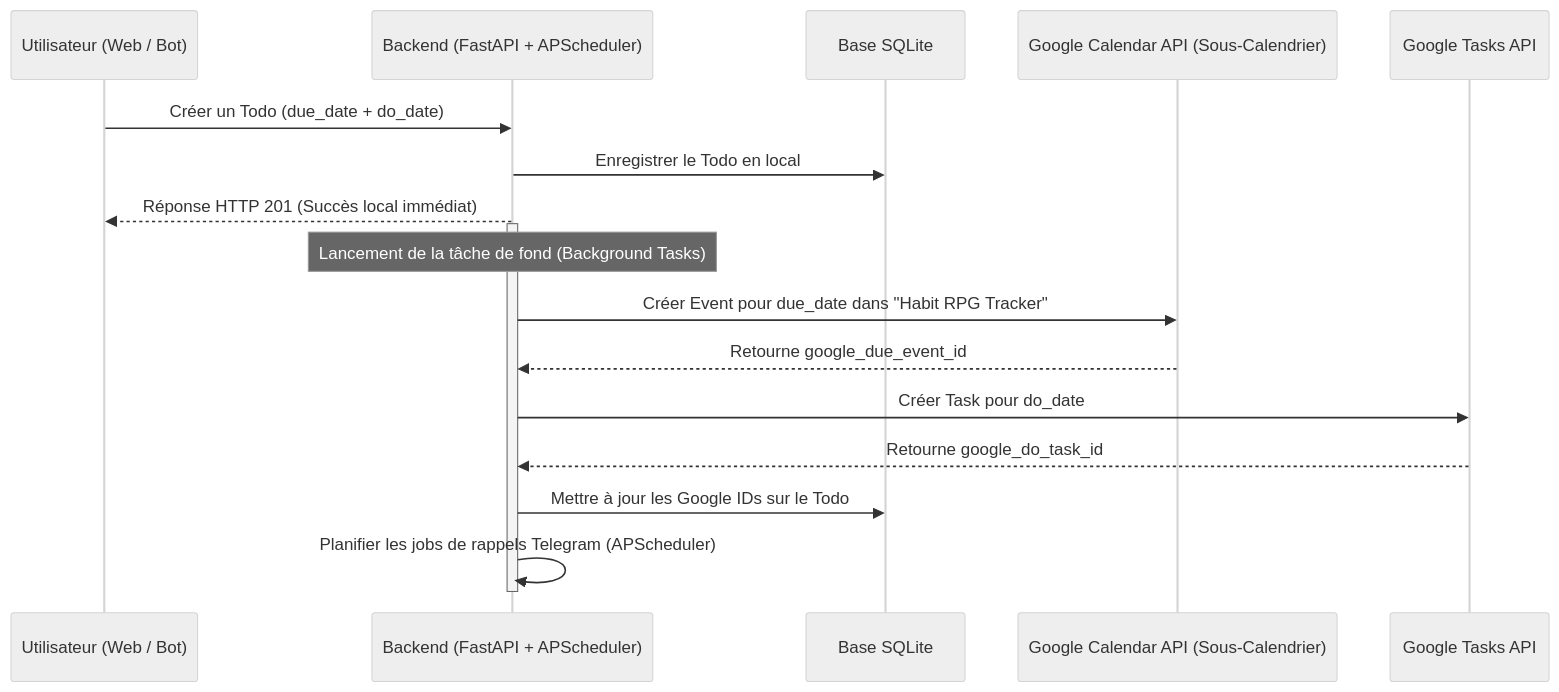
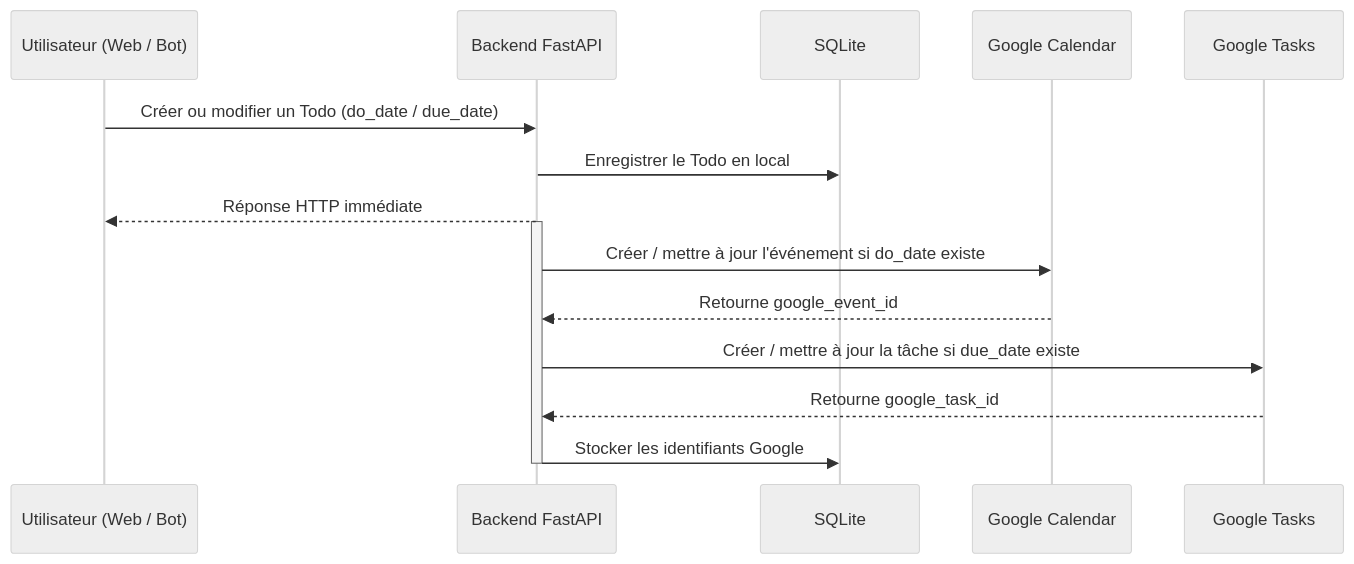
The diagram in google-calendar-integration-brainstorm.md (Poisson-seawater/habit-tracker), drawn with Mermaid (neutral theme) before and after one commit. The commit also changed other lines of this file and 19 other files, not shown here.

````diff
--- a/google-calendar-integration-brainstorm.md
+++ b/google-calendar-integration-brainstorm.md
@@ -53,22 +54,20 @@
 ```mermaid
 sequenceDiagram
     participant U as Utilisateur (Web / Bot)
-    participant B as Backend (FastAPI + APScheduler)
-    participant DB as Base SQLite
-    participant GC as Google Calendar API (Sous-Calendrier)
-    participant GT as Google Tasks API
+    participant B as Backend FastAPI
+    participant DB as SQLite
+    participant GC as Google Calendar
+    participant GT as Google Tasks
 
-    U->>B: Créer un Todo (due_date + do_date)
+    U->>B: Créer ou modifier un Todo (do_date / due_date)
     B->>DB: Enregistrer le Todo en local
-    B-->>U: Réponse HTTP 201 (Succès local immédiat)
-    
+    B-->>U: Réponse HTTP immédiate
+
     activate B
-    Note over B: Lancement de la tâche de fond (Background Tasks)
-    B->>GC: Créer Event pour due_date dans "Habit RPG Tracker"
-    GC-->>B: Retourne google_due_event_id
-    B->>GT: Créer Task pour do_date
-    GT-->>B: Retourne google_do_task_id
-    B->>DB: Mettre à jour les Google IDs sur le Todo
-    B->>B: Planifier les jobs de rappels Telegram (APScheduler)
+    B->>GC: Créer / mettre à jour l'événement si do_date existe
+    GC-->>B: Retourne google_event_id
+    B->>GT: Créer / mettre à jour la tâche si due_date existe
+    GT-->>B: Retourne google_task_id
+    B->>DB: Stocker les identifiants Google
     deactivate B
 ```
````
